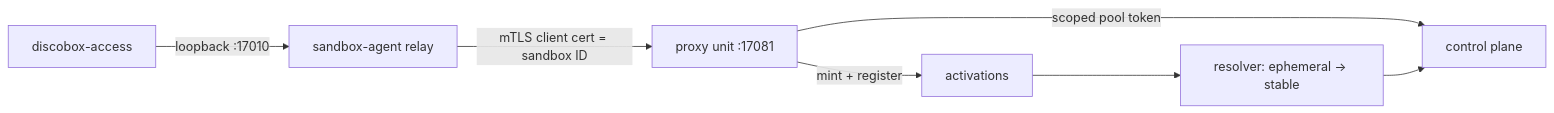
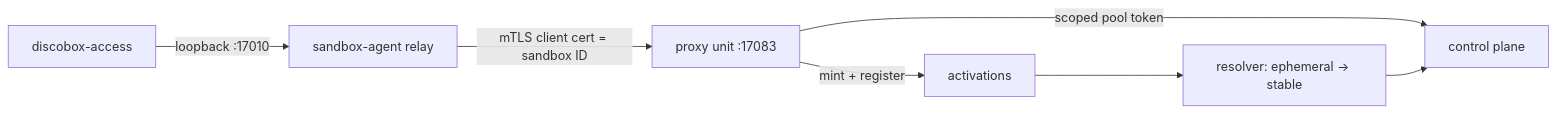
Before and after one commit to discobox-ai/discobox: the second of 3 diagrams in pool-agent/DESIGN.md, drawn with Mermaid. The commit also changed other lines of this file and 2 other files, not shown here.

First paragraph of the commit message:
fix(pool-agent): the credentials endpoint stops squatting the mediator's port
`discobox-proxy.service` had been crash-looping in the Docker pool for 131
restarts, taking every sandbox's egress with it:

````diff
--- a/pool-agent/DESIGN.md
+++ b/pool-agent/DESIGN.md
@@ -455,9 +455,9 @@
 ```mermaid
 flowchart LR
     cli["discobox-access"] -->|"loopback :17010"| relay["sandbox-agent relay"]
-    relay -->|"mTLS client cert = sandbox ID"| broker["proxy unit :17081"]
+    relay -->|"mTLS client cert = sandbox ID"| broker["proxy unit :17083"]
     broker -->|"scoped pool token"| cp["control plane"]
     broker -->|"mint + register"| live["activations"]
     live --> swap["resolver: ephemeral → stable"]
     swap --> cp
 ```
````
